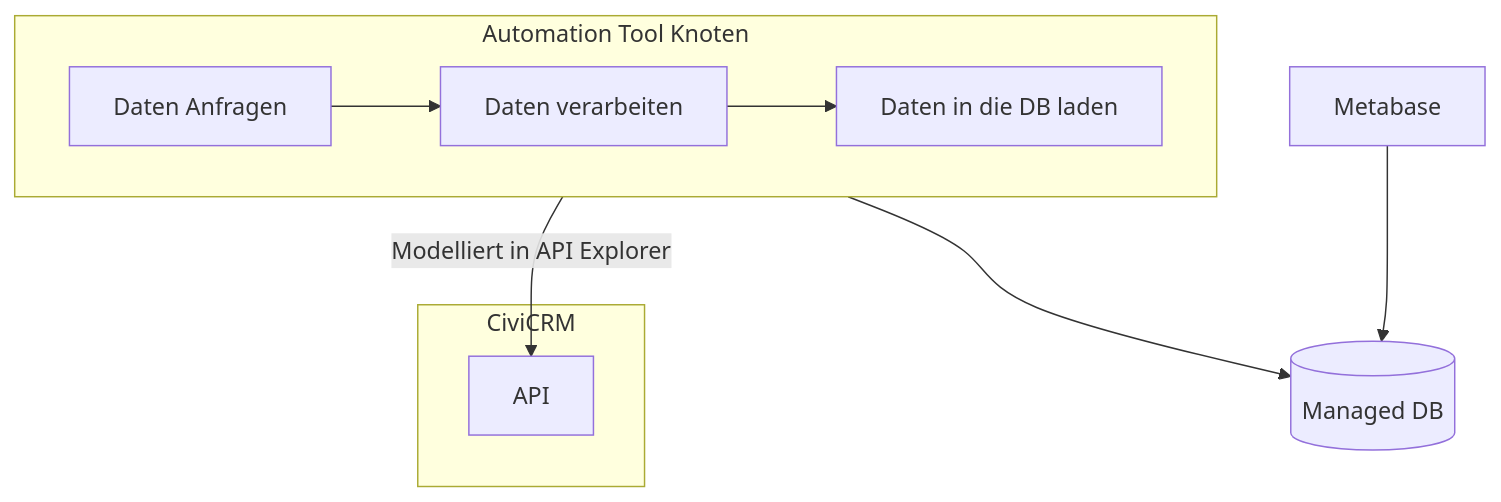
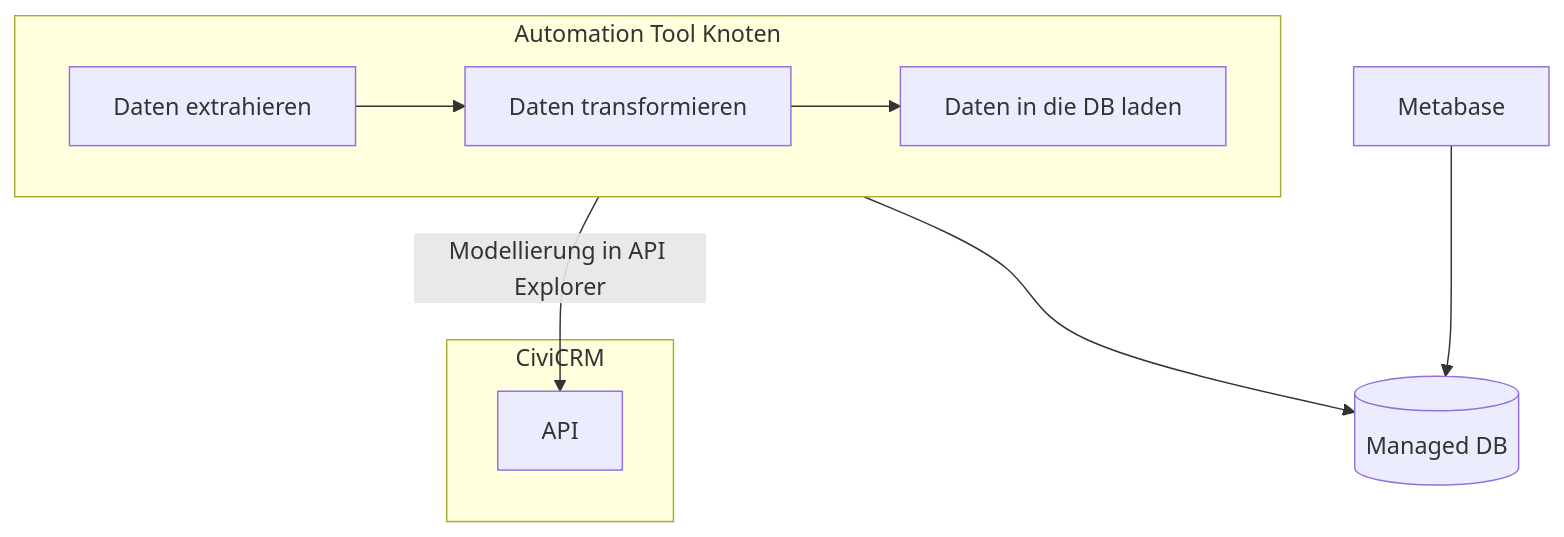
Before and after one commit to CorrelAid/cdl_civicrm_analyse: the diagram in doc/src/2-use_cases/2-api_db_wf_mtbs/0-index.md, drawn with Mermaid. The commit also changed other lines of this file and 8 other files, not shown here.

````diff
--- a/doc/src/2-use_cases/2-api_db_wf_mtbs/0-index.md
+++ b/doc/src/2-use_cases/2-api_db_wf_mtbs/0-index.md
@@ -6,22 +6,22 @@
 ```mermaid
 flowchart TB
     subgraph CiviCRM
         API[API]
     end
 
     subgraph ETL[Automation Tool Knoten]
-        Retrieve[Daten Anfragen]
-        Process[Daten verarbeiten]
+        Extract[Daten extrahieren]
+        Transform[Daten transformieren]
         Load[Daten in die DB laden]
 
-        Retrieve --> Process --> Load
+        Extract --> Transform --> Load
     end
 
     ExtDB[(Managed DB)]
     Metabase[Metabase]
 
-    ETL -->|Modelliert in API Explorer| API
+    ETL -->|Modellierung in API Explorer| API
     ETL --> ExtDB
     Metabase --> ExtDB 
 
 ```
````
